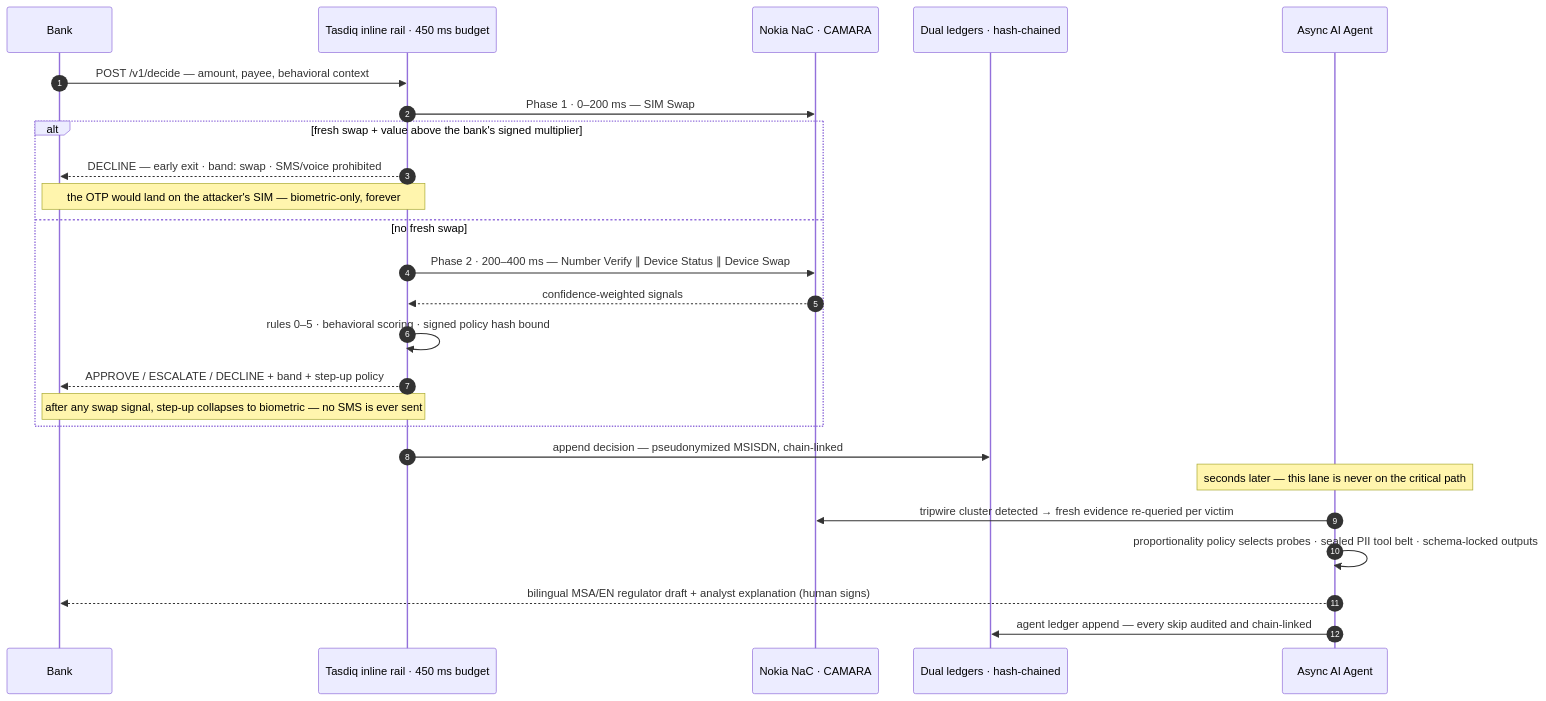
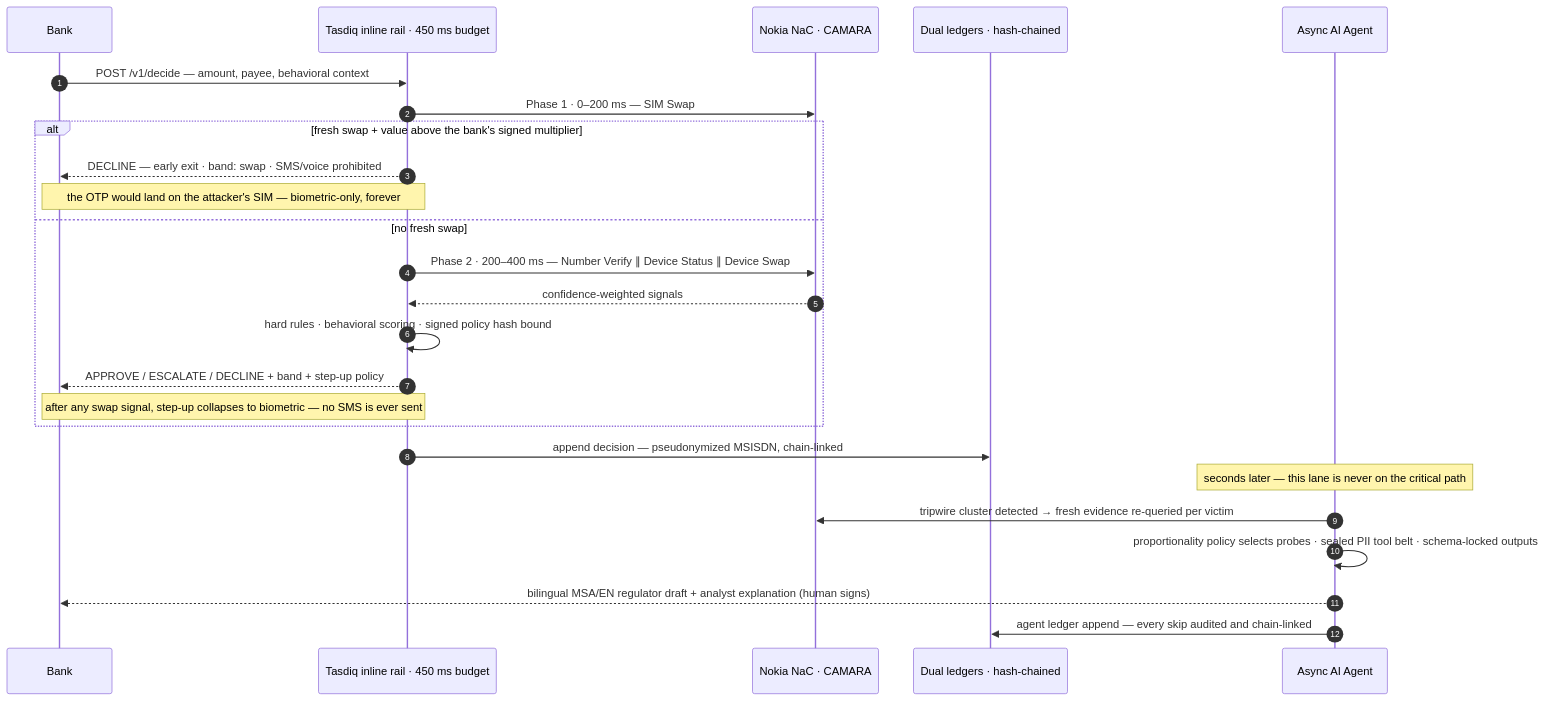
One commit to omarxhero/tasdiq changed the second of 2 diagrams in README.md. Above: the diagram before and after it, drawn with Mermaid. The commit also changed other lines of this file, not shown here.

Commit message:
docs: accuracy fix — engine has five numbered hard rules + Phase-1 early exit (six total); removed phantom 'rules 0-5' numbering

````diff
--- a/README.md
+++ b/README.md
@@ -91,29 +91,29 @@
 ```mermaid
 sequenceDiagram
     autonumber
     participant B as Bank
     participant E as Tasdiq inline rail · 450 ms budget
     participant N as Nokia NaC · CAMARA
     participant L as Dual ledgers · hash-chained
     participant A as Async AI Agent
 
     B->>E: POST /v1/decide — amount, payee, behavioral context
     E->>N: Phase 1 · 0–200 ms — SIM Swap
     alt fresh swap + value above the bank's signed multiplier
         E-->>B: DECLINE — early exit · band: swap · SMS/voice prohibited
         note over B,E: the OTP would land on the attacker's SIM — biometric-only, forever
     else no fresh swap
         E->>N: Phase 2 · 200–400 ms — Number Verify ∥ Device Status ∥ Device Swap
         N-->>E: confidence-weighted signals
-        E->>E: rules 0–5 · behavioral scoring · signed policy hash bound
+        E->>E: hard rules · behavioral scoring · signed policy hash bound
         E-->>B: APPROVE / ESCALATE / DECLINE + band + step-up policy
         note over B,E: after any swap signal, step-up collapses to biometric — no SMS is ever sent
     end
     E->>L: append decision — pseudonymized MSISDN, chain-linked
 
     note over A: seconds later — this lane is never on the critical path
     A->>N: tripwire cluster detected → fresh evidence re-queried per victim
     A->>A: proportionality policy selects probes · sealed PII tool belt · schema-locked outputs
     A-->>B: bilingual MSA/EN regulator draft + analyst explanation (human signs)
     A->>L: agent ledger append — every skip audited and chain-linked
 ```
````
